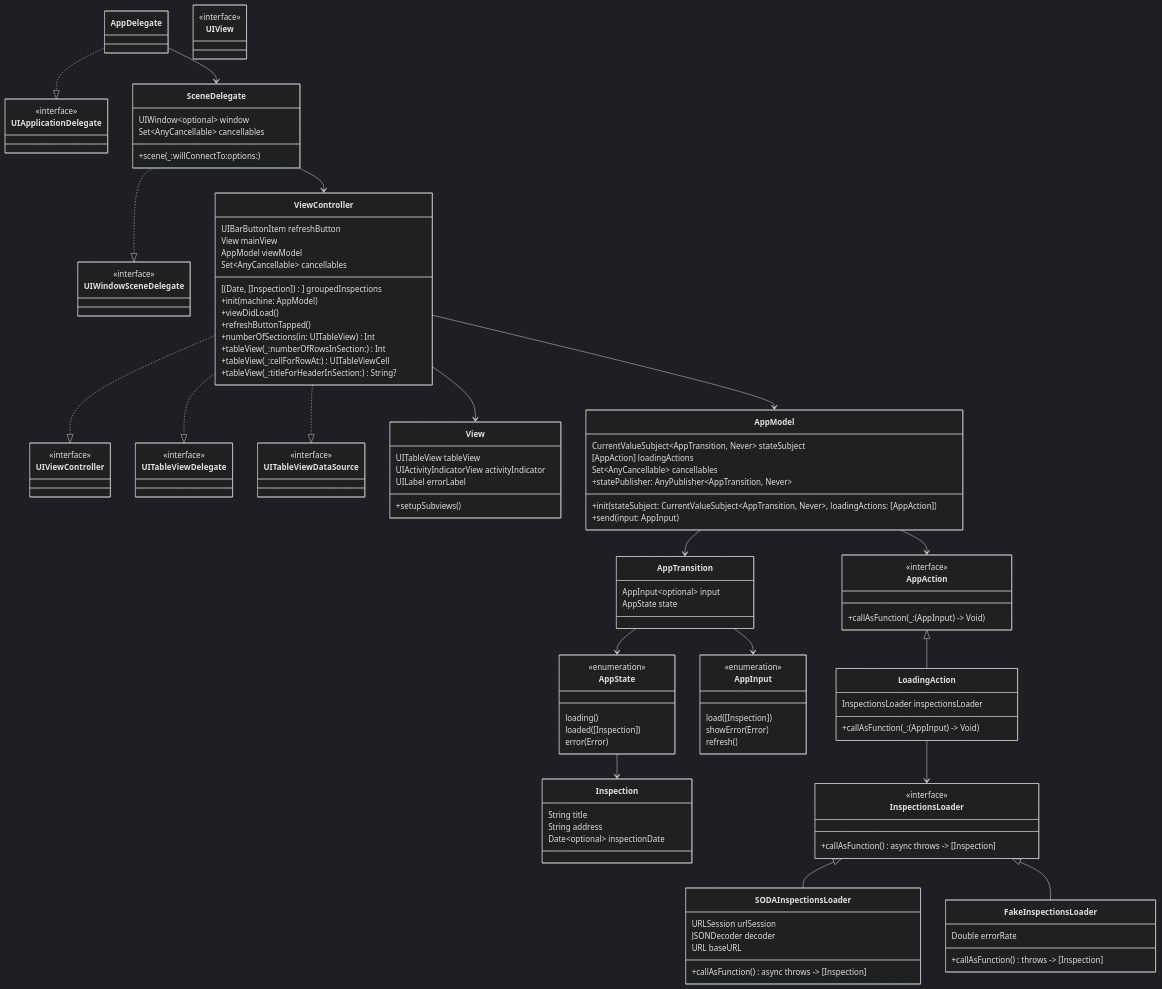
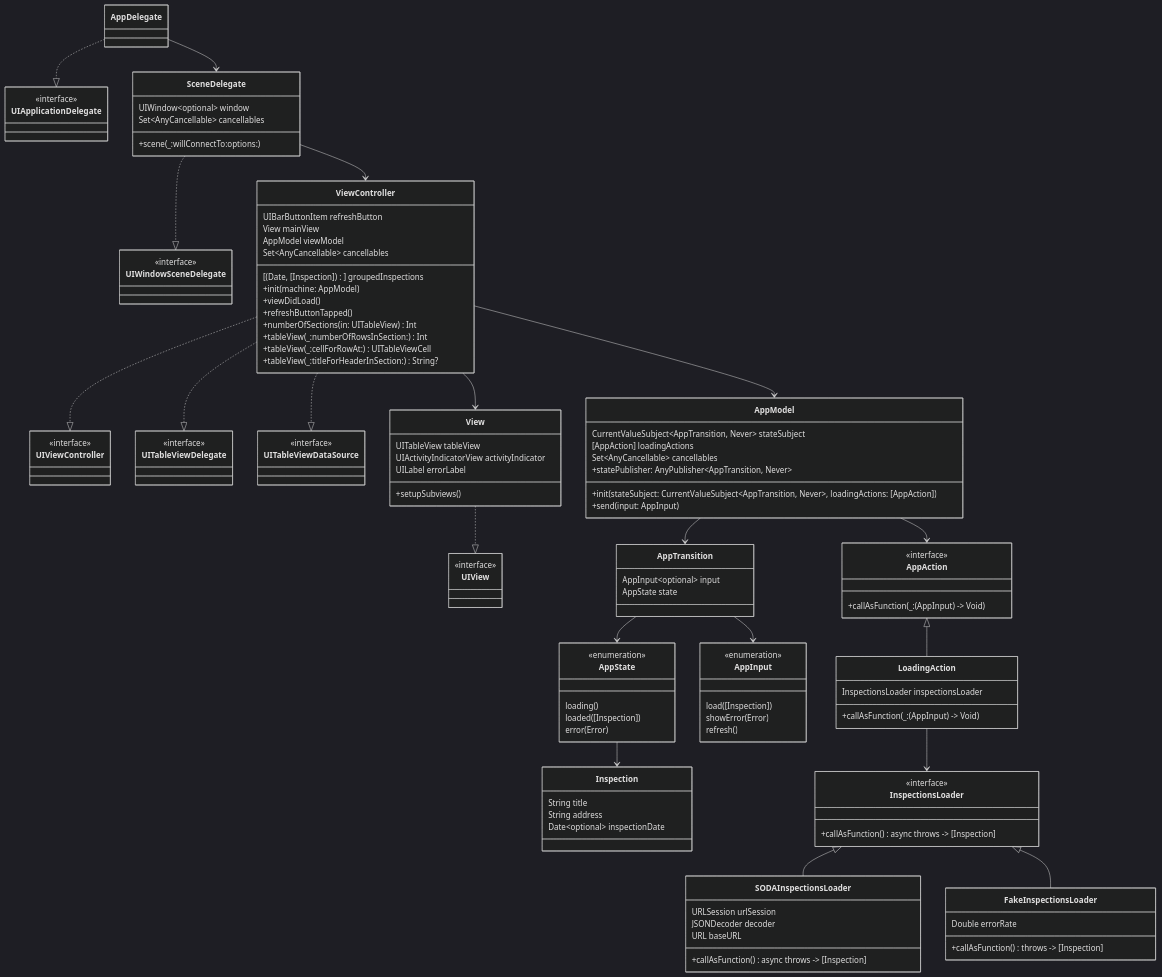
One commit to themizzi/ChicagoFoodInspections changed the first of 3 diagrams in README.md. Above: the diagram before and after it, drawn with Mermaid (dark theme).

Commit message:
implement UIView

```diff
--- a/README.md
+++ b/README.md
@@ -124,6 +124,7 @@
     ViewController ..|> UITableViewDelegate
     ViewController ..|> UITableViewDataSource
     SceneDelegate ..|> UIWindowSceneDelegate
+    View ..|> UIView
     AppDelegate --> SceneDelegate
     SceneDelegate --> ViewController
     ViewController --> View
```
